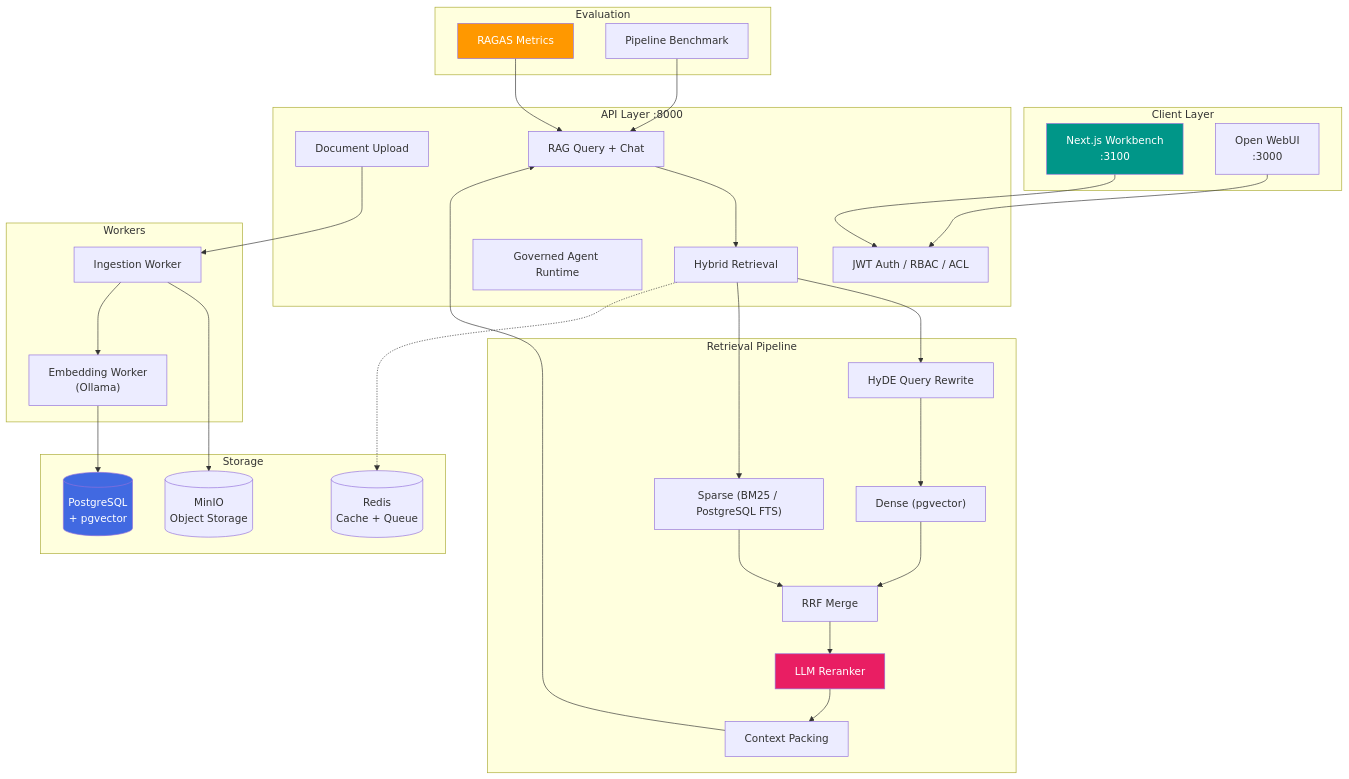
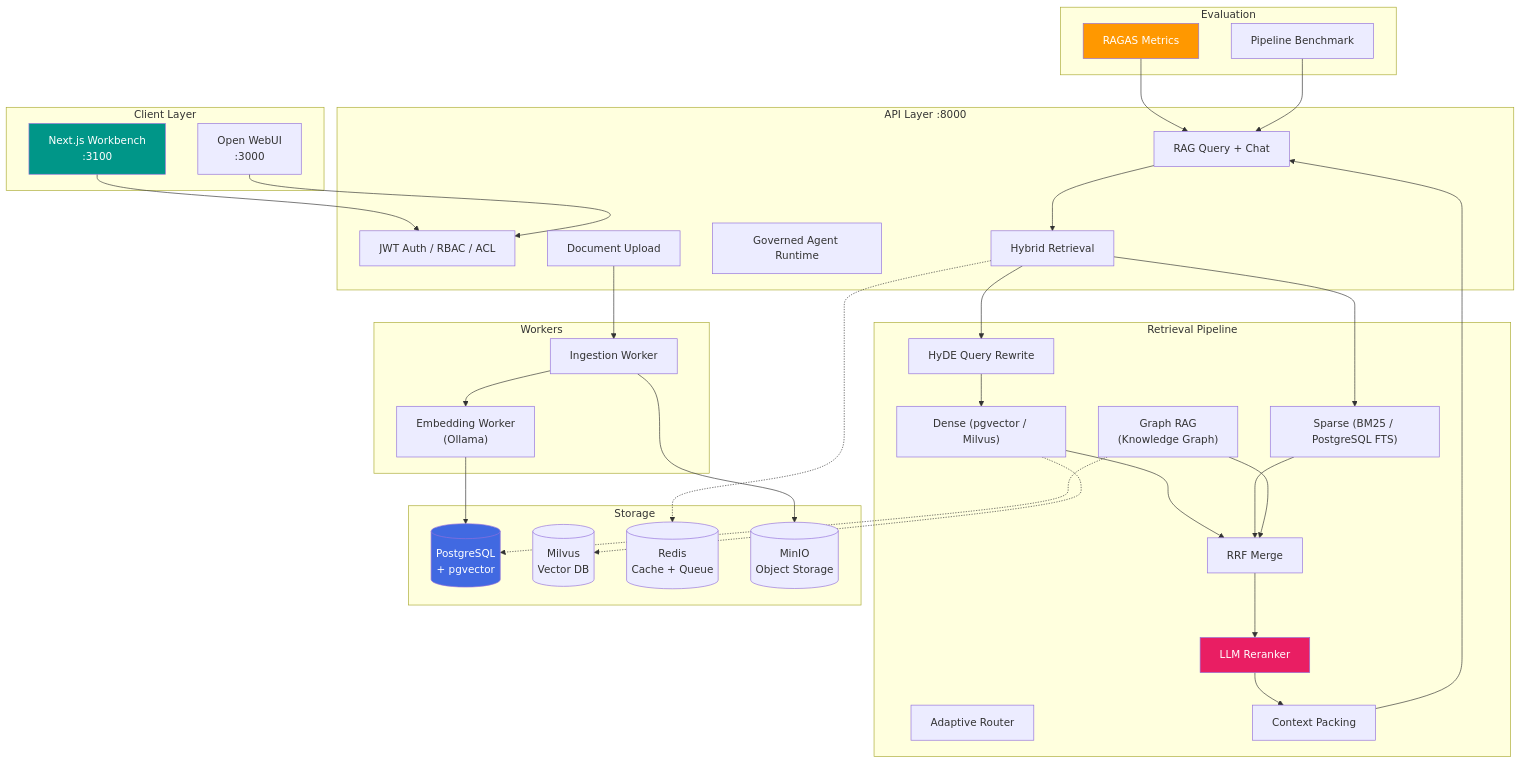
Before and after one commit to chyinan/AegisRAG: the first of 2 diagrams in README.md, drawn with Mermaid. The commit also changed other lines of this file and 9 other files, not shown here.

First line of the commit message:
feat: Milvus vector store adapter + Graph RAG pipeline

````diff
--- a/README.md
+++ b/README.md
@@ -25,61 +25,67 @@
 ```mermaid
 graph TB
     subgraph "Client Layer"
         Web["Next.js Workbench<br/>:3100"]
         OWUI["Open WebUI<br/>:3000"]
     end
 
     subgraph "API Layer :8000"
         Auth["JWT Auth / RBAC / ACL"]
         Upload["Document Upload"]
         Query["RAG Query + Chat"]
         Agent["Governed Agent Runtime"]
         Retrieve["Hybrid Retrieval"]
     end
 
     subgraph "Retrieval Pipeline"
         Rewrite["HyDE Query Rewrite"]
-        Dense["Dense (pgvector)"]
+        Route["Adaptive Router"]
+        Dense["Dense (pgvector / Milvus)"]
         Sparse["Sparse (BM25 / PostgreSQL FTS)"]
+        Graph["Graph RAG<br/>(Knowledge Graph)"]
         RRF["RRF Merge"]
         Rerank["LLM Reranker"]
         Pack["Context Packing"]
     end
 
     subgraph "Storage"
         PG[("PostgreSQL<br/>+ pgvector")]
+        Milvus[("Milvus<br/>Vector DB")]
         Redis[("Redis<br/>Cache + Queue")]
         MinIO[("MinIO<br/>Object Storage")]
     end
 
     subgraph "Workers"
         Ingestion["Ingestion Worker"]
         Embedding["Embedding Worker<br/>(Ollama)"]
     end
 
     subgraph "Evaluation"
         RAGAS["RAGAS Metrics"]
         Benchmark["Pipeline Benchmark"]
     end
 
     Web --> Auth
     OWUI --> Auth
     Upload --> Ingestion
     Ingestion --> MinIO
     Ingestion --> Embedding
     Embedding --> PG
     Query --> Retrieve
     Retrieve --> Rewrite --> Dense
     Retrieve --> Sparse
     Dense --> RRF
     Sparse --> RRF
+    Graph --> RRF
     RRF --> Rerank --> Pack --> Query
     Retrieve -.-> Redis
+    Dense -.-> Milvus
+    Graph -.-> PG
     RAGAS --> Query
     Benchmark --> Query
 
     style Web fill:#009688,color:#fff
     style Rerank fill:#e91e63,color:#fff
     style RAGAS fill:#ff9800,color:#fff
     style PG fill:#4169E1,color:#fff
 ```
````
